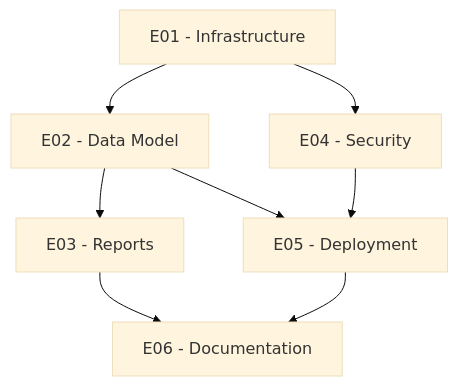
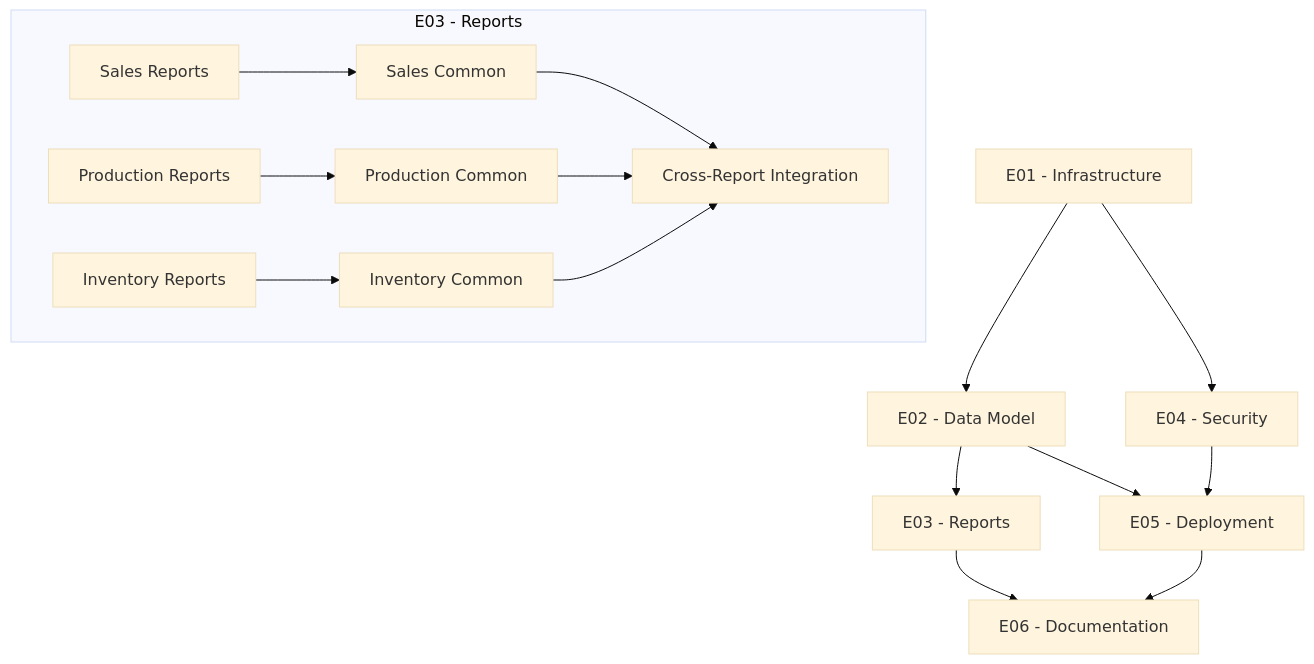
The diagram in docs/requirements/backlog.md (e-plo/nxs-powerbi), drawn with Mermaid (base theme) before and after one commit. The commit also changed other lines of this file and 1 other file, not shown here.

First line of the commit message:
Add detailed report user stories

````diff
--- a/docs/requirements/backlog.md
+++ b/docs/requirements/backlog.md
@@ -161,10 +31,19 @@
 ```mermaid
 graph TD
     E01[E01 - Infrastructure] --> E02[E02 - Data Model]
     E01 --> E04[E04 - Security]
     E02 --> E03[E03 - Reports]
     E02 --> E05[E05 - Deployment]
     E04 --> E05
     E03 --> E06[E06 - Documentation]
     E05 --> E06
+    
+    subgraph "E03 - Reports"
+    S[Sales Reports] --> SC[Sales Common]
+    P[Production Reports] --> PC[Production Common]
+    I[Inventory Reports] --> IC[Inventory Common]
+    SC --> Cross[Cross-Report Integration]
+    PC --> Cross
+    IC --> Cross
+    end
 ```
````
